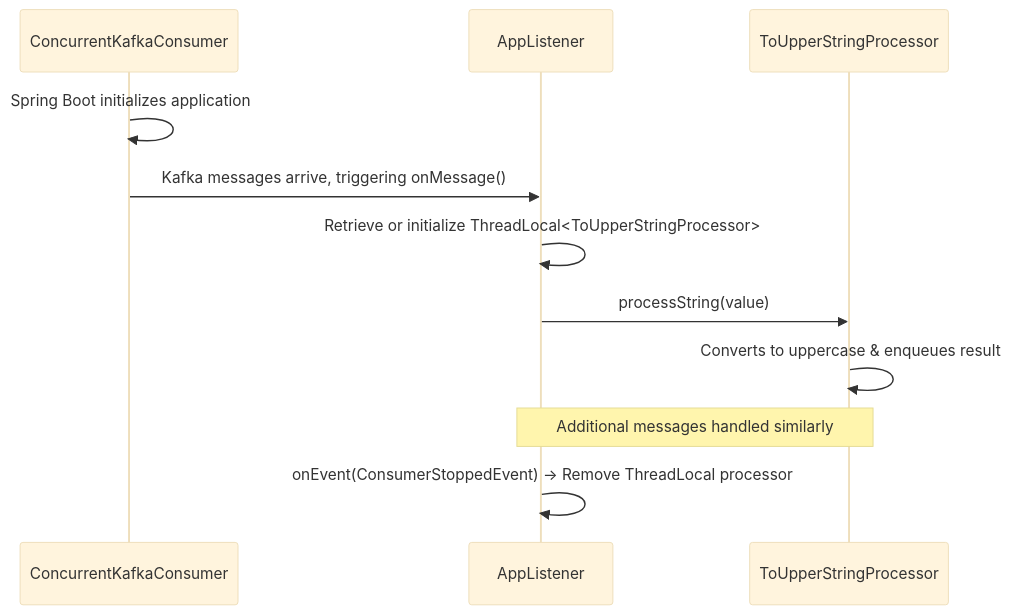
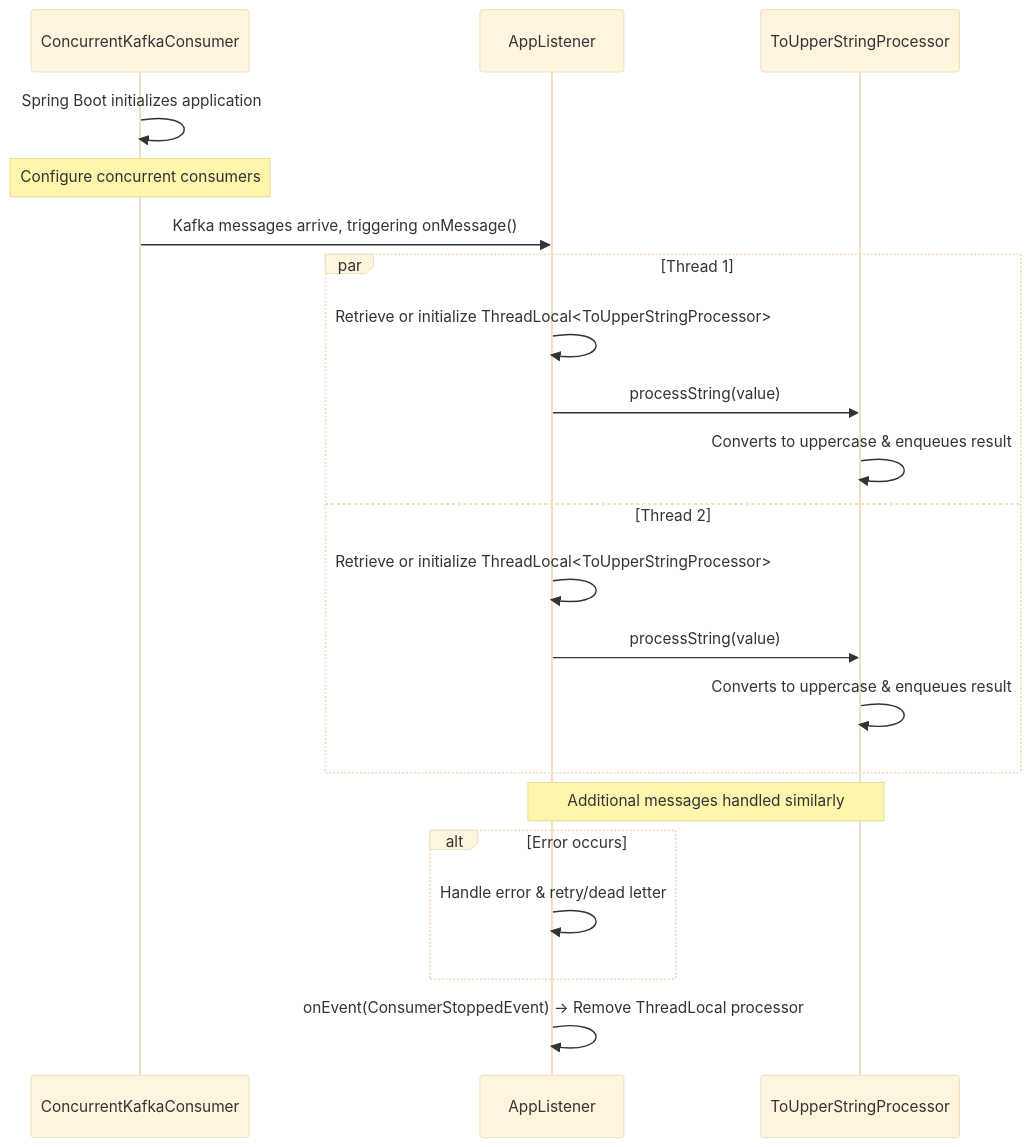
The diagram in kafka-spring-boot/boot-concurrent-kafka-consumer/ReadMe.md (rajadilipkolli/kafka-experiments), drawn with Mermaid (base theme) before and after one commit.

Commit message:
updates seq diagram

````diff
--- a/kafka-spring-boot/boot-concurrent-kafka-consumer/ReadMe.md
+++ b/kafka-spring-boot/boot-concurrent-kafka-consumer/ReadMe.md
@@ -7,16 +7,26 @@
 ```mermaid
 
 sequenceDiagram
 
     participant C as ConcurrentKafkaConsumer
     participant A as AppListener
     participant P as ToUpperStringProcessor
 
     C->>C: Spring Boot initializes application
+    Note over C: Configure concurrent consumers
     C->>A: Kafka messages arrive, triggering onMessage()
+    par Thread 1
     A->>A: Retrieve or initialize ThreadLocal<ToUpperStringProcessor>
     A->>P: processString(value)
     P->>P: Converts to uppercase & enqueues result
+    and Thread 2
+    A->>A: Retrieve or initialize ThreadLocal<ToUpperStringProcessor>
+    A->>P: processString(value)
+    P->>P: Converts to uppercase & enqueues result
+    end
     Note over A,P: Additional messages handled similarly
+    alt Error occurs
+    A->>A: Handle error & retry/dead letter
+    end
     A->>A: onEvent(ConsumerStoppedEvent) -> Remove ThreadLocal processor
 ```
````
